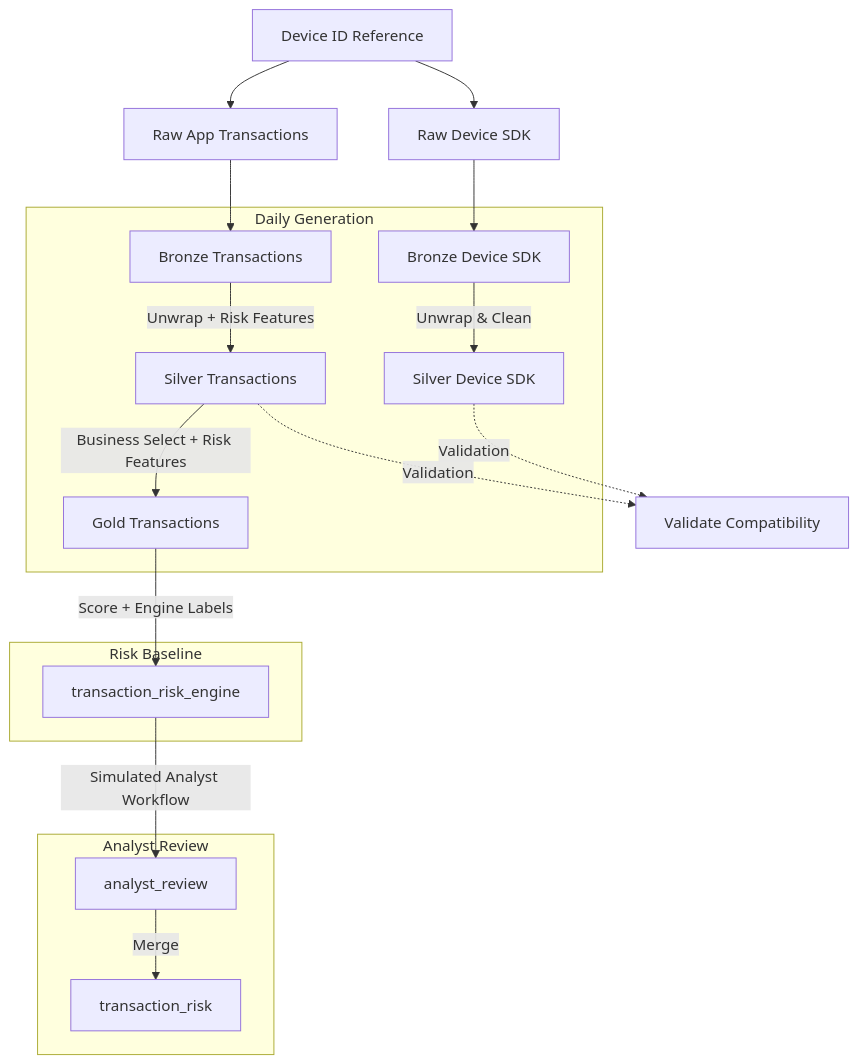
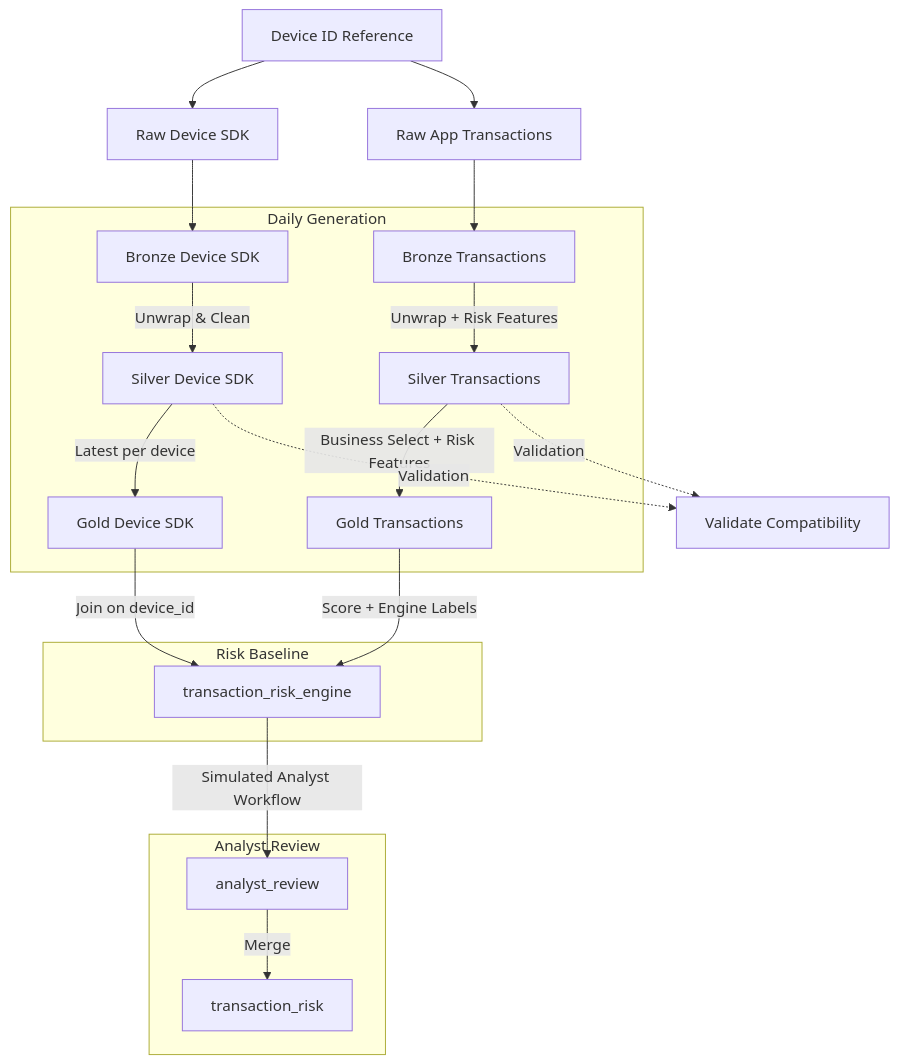
Before and after one commit to databricks-industry-solutions/fraud_prevention_in_telco: the diagram in docs/PIPELINE_DETAILS.md, drawn with Mermaid. The commit also changed other lines of this file and 6 other files, not shown here.

Commit message:
gold sdk

````diff
--- a/docs/PIPELINE_DETAILS.md
+++ b/docs/PIPELINE_DETAILS.md
@@ -19,25 +19,27 @@
 ```mermaid
 graph TD
     IDREF[Device ID Reference] --> D_RAW[Raw Device SDK]
     IDREF --> T_RAW[Raw App Transactions]
     D_RAW --> D_BRONZE[Bronze Device SDK]
     T_RAW --> T_BRONZE[Bronze Transactions]
 
     subgraph "Daily Generation"
         D_BRONZE -->|Unwrap & Clean| D_SILVER[Silver Device SDK]
+        D_SILVER -->|Latest per device| D_GOLD[Gold Device SDK]
         T_BRONZE -->|Unwrap + Risk Features| T_SILVER[Silver Transactions]
         T_SILVER -->|Business Select + Risk Features| T_GOLD[Gold Transactions]
     end
 
     subgraph "Risk Baseline"
         T_GOLD -->|Score + Engine Labels| RISK_ENGINE[transaction_risk_engine]
+        D_GOLD -->|Join on device_id| RISK_ENGINE
     end
 
     subgraph "Analyst Review"
         RISK_ENGINE -->|Simulated Analyst Workflow| ANALYST[analyst_review]
         ANALYST -->|Merge| TRISK[transaction_risk]
     end
 
     D_SILVER -.->|Validation| VALIDATE[Validate Compatibility]
     T_SILVER -.->|Validation| VALIDATE
 ```
````
